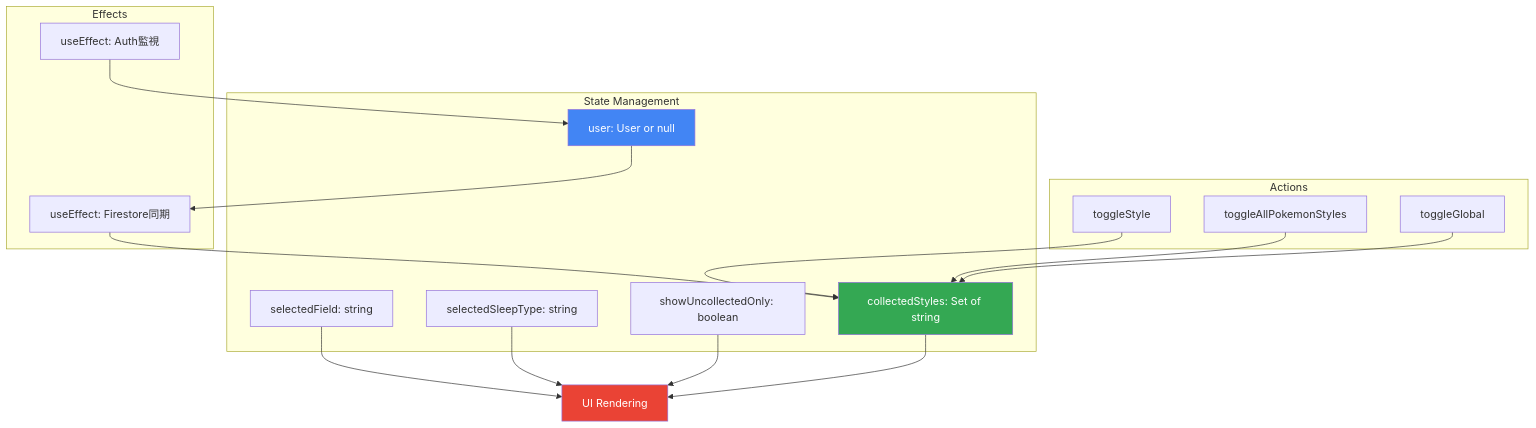
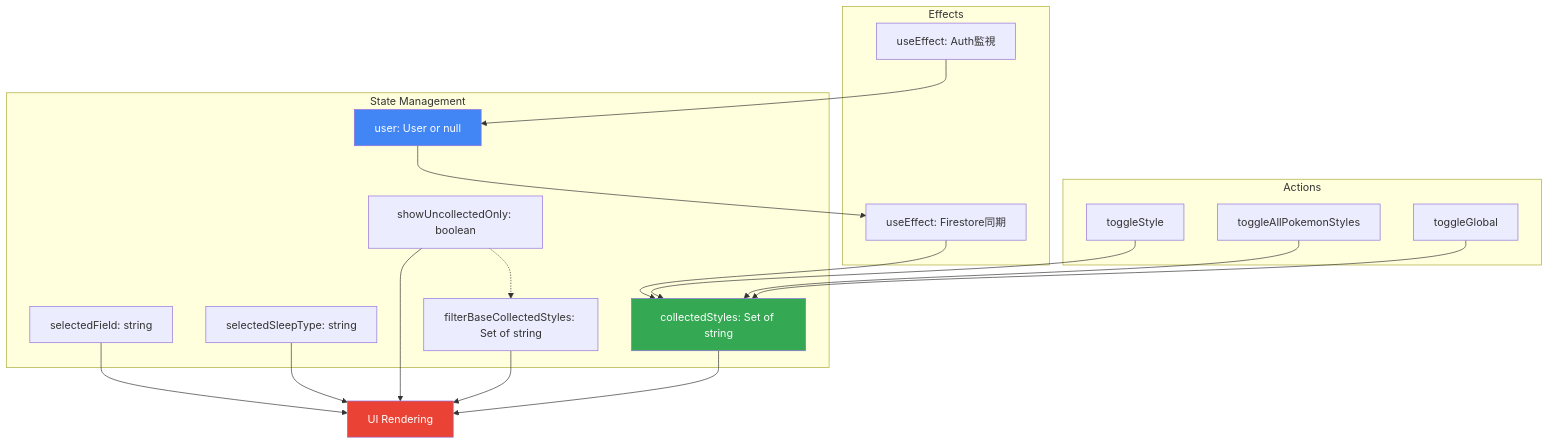
The tenth of 10 diagrams in docs/3_architecture.md (Kujo-n/pokesleepfaces), drawn with Mermaid before and after one commit. The commit also changed 1 other file, not shown here.

Commit message:
docs: 最近の機能追加と変更をドキュメントに反映

````diff
--- a/docs/3_architecture.md
+++ b/docs/3_architecture.md
@@ -253,38 +253,41 @@
 ```mermaid
 graph TB
     subgraph "State Management"
         UserState["user: User or null"]
         CollectedState["collectedStyles: Set of string"]
         FilterState["selectedField: string"]
         SleepTypeState["selectedSleepType: string"]
         UncollectedState["showUncollectedOnly: boolean"]
+        FilterSnapshot["filterBaseCollectedStyles: Set of string"]
     end
     
     subgraph "Effects"
         AuthEffect["useEffect: Auth監視"]
         SyncEffect["useEffect: Firestore同期"]
     end
     
     subgraph "Actions"
         Toggle["toggleStyle"]
         ToggleAll["toggleAllPokemonStyles"]
         ToggleGlobal["toggleGlobal"]
     end
     
     AuthEffect --> UserState
     UserState --> SyncEffect
     SyncEffect --> CollectedState
     
     Toggle --> CollectedState
     ToggleAll --> CollectedState
     ToggleGlobal --> CollectedState
     
     FilterState --> UI["UI Rendering"]
     SleepTypeState --> UI
     UncollectedState --> UI
+    UncollectedState -.-> FilterSnapshot
+    FilterSnapshot --> UI
     CollectedState --> UI
     
     style UserState fill:#4285f4,color:#fff
     style CollectedState fill:#34a853,color:#fff
     style UI fill:#ea4335,color:#fff
 ```
````
